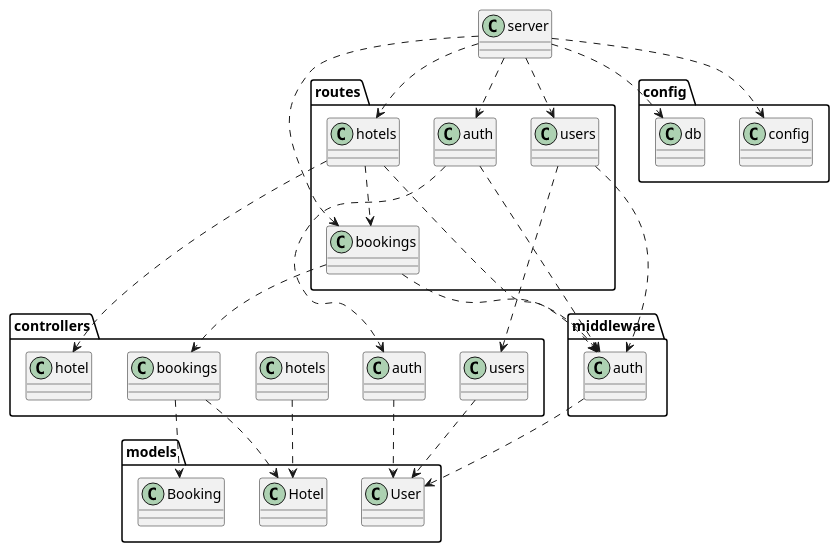
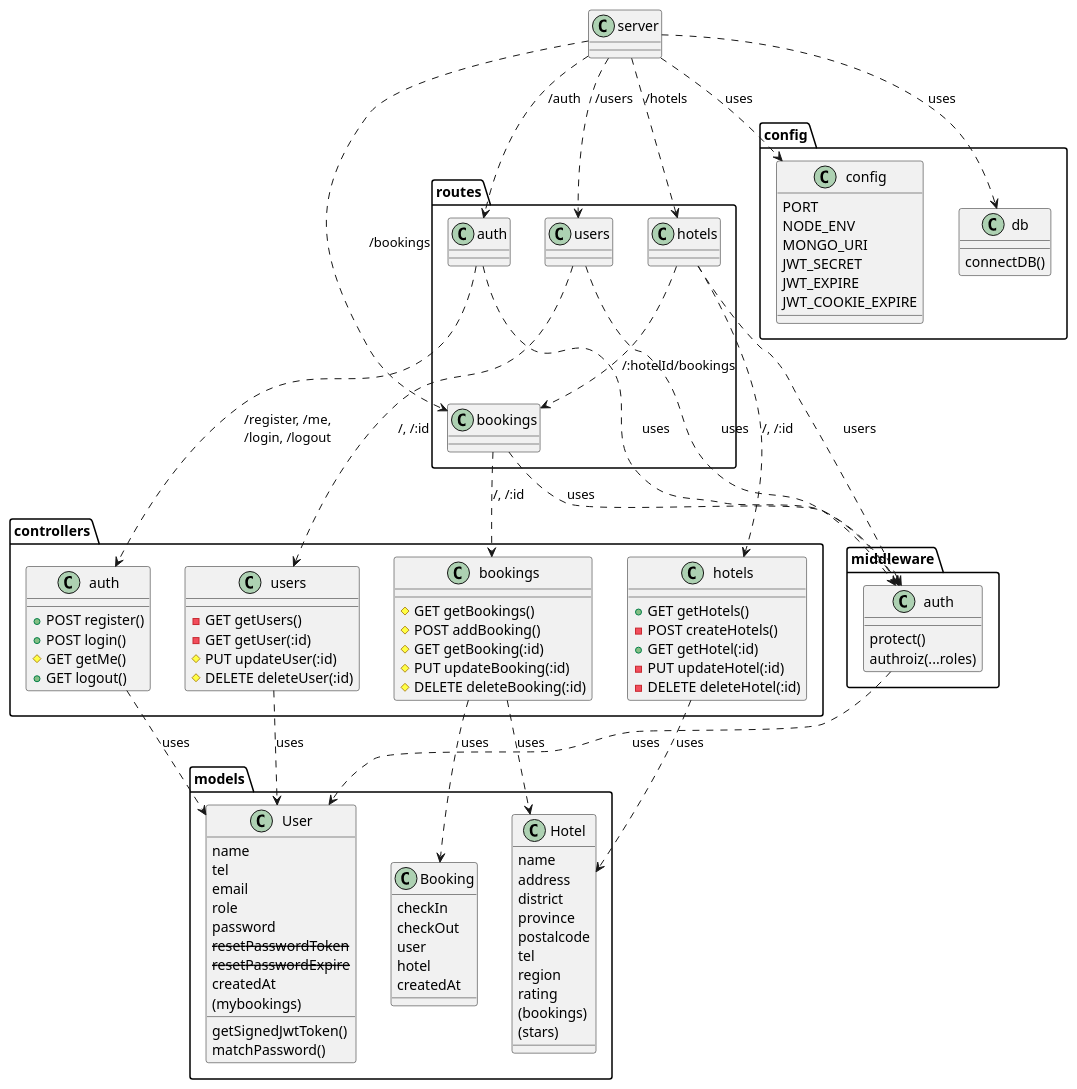
Before and after one commit to 2110503TACEDT66/presentation-day-1-groupback: the diagram in diagrams/class.puml, drawn with PlantUML.

Commit message:
diagram update

```diff
--- a/diagrams/class.puml
+++ b/diagrams/class.puml
@@ -1,38 +1,101 @@
 @startuml class
-class controllers.auth
-class controllers.bookings
-class controllers.hotels
-class controllers.users
-class middleware.auth
-class models.Booking
-class models.Hotel
-class models.User
+class controllers.auth {
+    + POST register()
+    + POST login()
+    # GET getMe()
+    + GET logout()
+}
+class controllers.bookings {
+    # GET getBookings()
+    # POST addBooking()
+    # GET getBooking(:id)
+    # PUT updateBooking(:id)
+    # DELETE deleteBooking(:id)
+}
+class controllers.hotels {
+    + GET getHotels()
+    - POST createHotels()
+    + GET getHotel(:id)
+    - PUT updateHotel(:id)
+    - DELETE deleteHotel(:id)
+}
+class controllers.users {
+    - GET getUsers()
+    - GET getUser(:id)
+    # PUT updateUser(:id)
+    # DELETE deleteUser(:id)
+}
+class middleware.auth {
+    protect()
+    authroiz(...roles)
+}
+class models.Booking {
+    checkIn
+    checkOut
+    user
+    hotel
+    createdAt
+}
+class models.Hotel {
+    name
+    address
+    district
+    province
+    postalcode
+    tel
+    region
+    rating
+    {field}(bookings)
+    {field}(stars)
+}
+class models.User {
+    name
+    tel
+    email
+    role
+    password
+    <strike>resetPasswordToken</strike>
+    <strike>resetPasswordExpire</strike>
+    createdAt
+    {field}(mybookings)
+    getSignedJwtToken()
+    matchPassword()
+}
 class routes.auth
 class routes.bookings
 class routes.hotels
 class routes.users
 class server
-class config.config
-class config.db
-server ..> config.config
-server ..> config.db
-server ..> routes.hotels
-server ..> routes.auth
-server ..> routes.bookings
-server ..> routes.users
-routes.auth ..> controllers.auth
-routes.auth ..> middleware.auth
-routes.bookings ..> controllers.bookings
-routes.bookings ..> middleware.auth
-routes.hotels ..> controllers.hotel
-routes.hotels ..> routes.bookings
-routes.hotels ..> middleware.auth
-routes.users ..> controllers.users
-routes.users ..> middleware.auth
-middleware.auth ..> models.User
-controllers.auth ..> models.User
-controllers.bookings ..> models.Booking
-controllers.bookings ..> models.Hotel
-controllers.hotels ..> models.Hotel
-controllers.users ..> models.User
+class config.config {
+    PORT
+    NODE_ENV
+    MONGO_URI
+    JWT_SECRET
+    JWT_EXPIRE
+    JWT_COOKIE_EXPIRE
+}
+class config.db {
+    connectDB()
+}
+server ..> config.config : uses
+server ..> config.db : uses
+server ..> routes.hotels : /hotels
+server ..> routes.auth : /auth
+server ..> routes.bookings : /bookings
+server ..> routes.users : /users
+routes.auth ..> controllers.auth : /register, /me,\n/login, /logout
+routes.auth ..> middleware.auth : uses
+routes.bookings ..> controllers.bookings : /, /:id
+routes.bookings ..> middleware.auth : uses
+routes.hotels ..> controllers.hotels : /, /:id
+routes.hotels ..> routes.bookings : /:hotelId/bookings
+routes.hotels ..> middleware.auth : users
+routes.users ..> controllers.users : /, /:id
+routes.users ..> middleware.auth : uses
+middleware.auth ..> models.User : uses
+controllers.auth ..> models.User : uses
+controllers.bookings ..> models.Booking : uses
+controllers.bookings ..> models.Hotel : uses
+controllers.hotels ..> models.Hotel : uses
+controllers.users ..> models.User : uses
 @enduml
```
